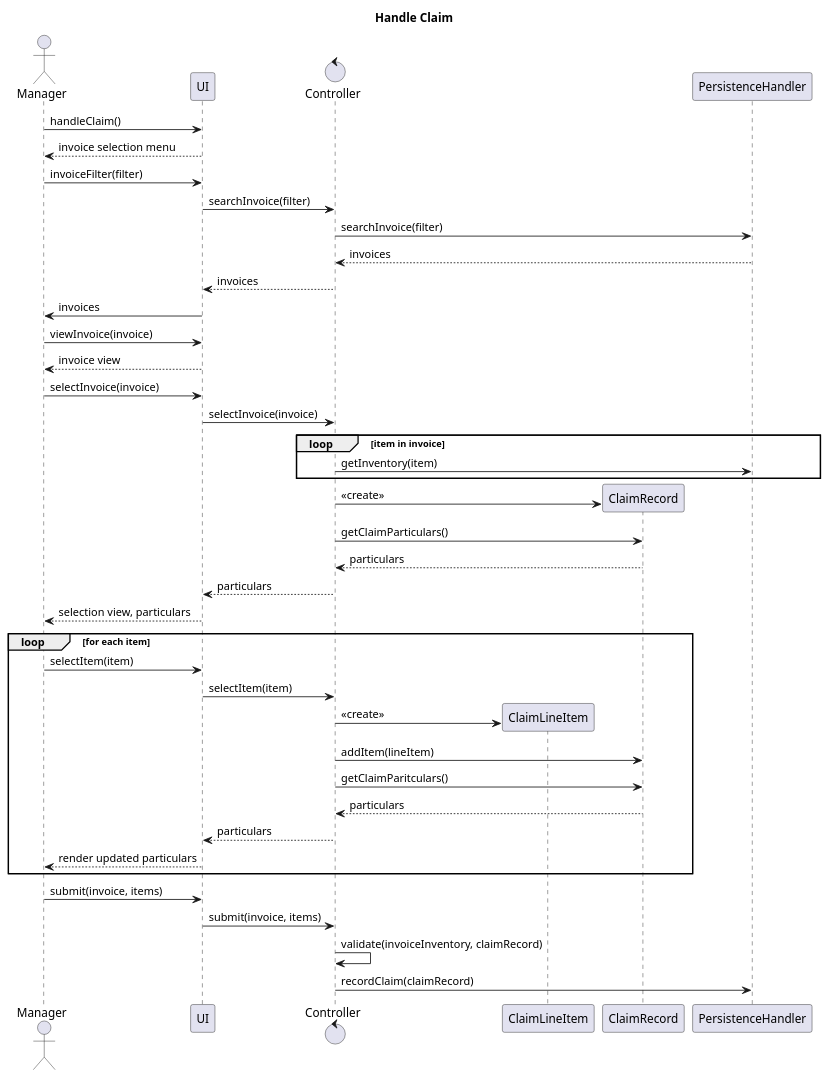
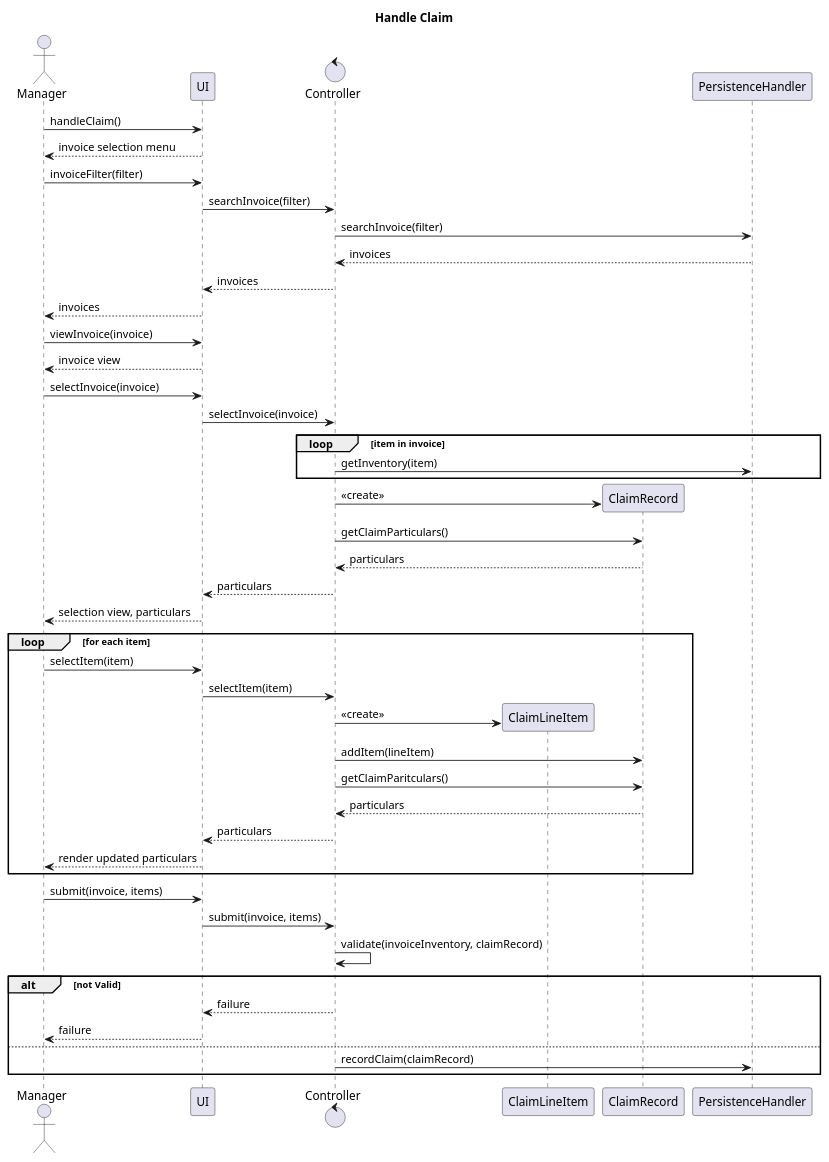
Before and after one commit to kabeer008/SystemDesignProject: the diagram in handleClaim.puml, drawn with PlantUML. The commit also changed 1 other file, not shown here.

```diff
--- a/handleClaim.puml
+++ b/handleClaim.puml
@@ -1,63 +1,69 @@
 @startuml Handle Claim
 title Handle Claim
 
 actor Manager
 participant UI
 control Controller
 
 Manager->UI: handleClaim()
 UI-->Manager: invoice selection menu
 
 Manager->UI: invoiceFilter(filter)
 UI->Controller: searchInvoice(filter)
 Controller->PersistenceHandler: searchInvoice(filter)
 
 PersistenceHandler-->Controller: invoices
 Controller-->UI: invoices
-UI->Manager: invoices
+UI-->Manager: invoices
 
 Manager->UI: viewInvoice(invoice)
 UI-->Manager: invoice view
 Manager->UI: selectInvoice(invoice)
 UI->Controller: selectInvoice(invoice)
 
 loop item in invoice
     Controller->PersistenceHandler: getInventory(item)
 end
 
 create participant ClaimRecord
 Controller->ClaimRecord: <<create>>
 Controller->ClaimRecord: getClaimParticulars()
 ClaimRecord-->Controller: particulars
 
 Controller-->UI: particulars
 UI-->Manager: selection view, particulars
 
 
 loop for each item
     Manager->UI: selectItem(item)
     UI->Controller: selectItem(item)
 
     create participant ClaimLineItem
     Controller->ClaimLineItem: <<create>>
     Controller->ClaimRecord: addItem(lineItem)
 
     Controller->ClaimRecord: getClaimParitculars()
     ClaimRecord-->Controller: particulars
     Controller-->UI: particulars
     UI-->Manager: render updated particulars
 
 end
 
 Manager->UI: submit(invoice, items)
 UI->Controller: submit(invoice, items)
+
 Controller->Controller: validate(invoiceInventory, claimRecord)
-Controller->PersistenceHandler: recordClaim(claimRecord)
+alt not Valid
+    Controller-->UI: failure
+    UI-->Manager: failure
+else
+    Controller->PersistenceHandler: recordClaim(claimRecord)
+end
 
 participant ClaimLineItem
 participant ClaimRecord
 participant PersistenceHandler
 
 
 
 @enduml
```
